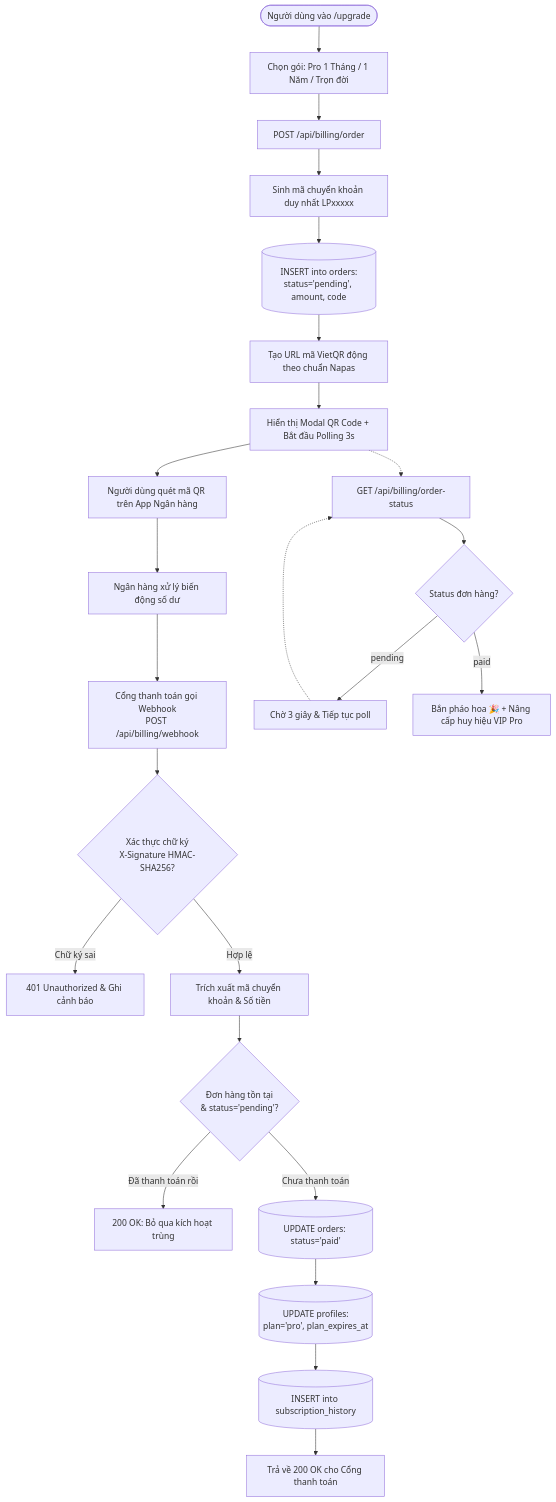
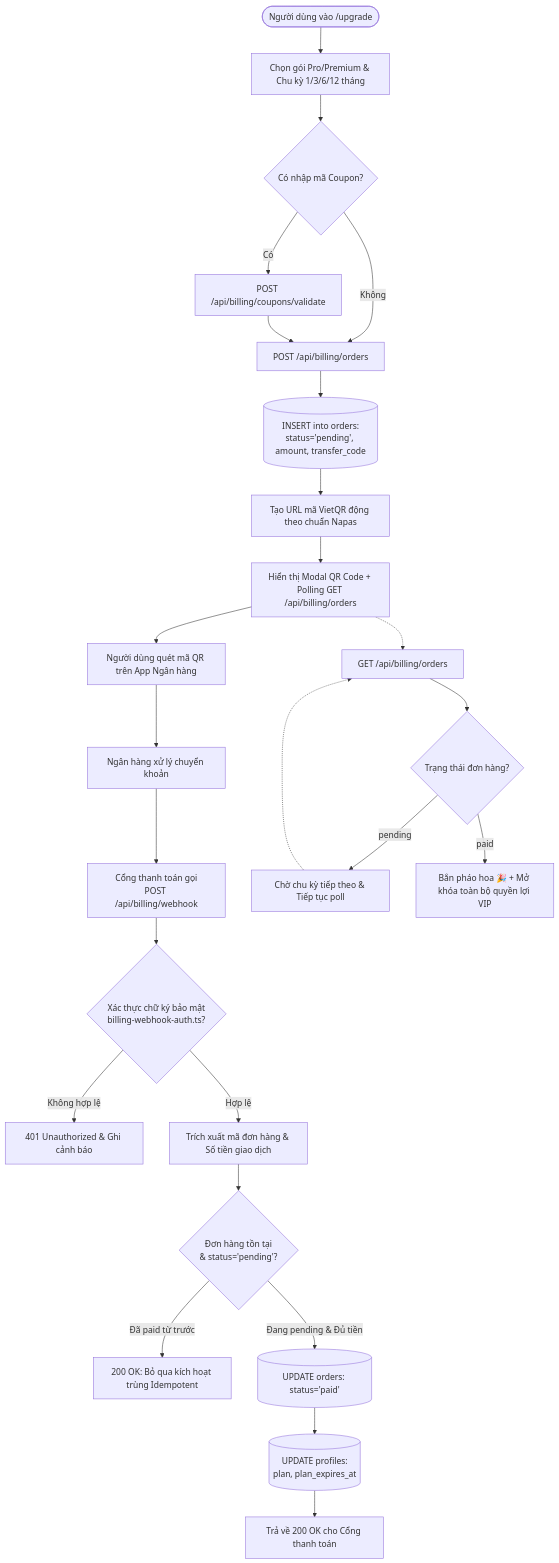
One commit to FengProfessor/Vocab changed the first of 3 diagrams in agent/docs/SRS_07_BILLING_SUBSCRIPTION.md. Above: the diagram before and after it, drawn with Mermaid. The commit also changed other lines of this file and 15 other files, not shown here.

Commit message:
docs(srs): complete 15 full-project SRS use cases and flow limitation audit

````diff
--- a/agent/docs/SRS_07_BILLING_SUBSCRIPTION.md
+++ b/agent/docs/SRS_07_BILLING_SUBSCRIPTION.md
@@ -33,31 +40,33 @@
 ```mermaid
 flowchart TD
-    Start([Người dùng vào /upgrade]) --> SelectPlan[Chọn gói: Pro 1 Tháng / 1 Năm / Trọn đời]
-    SelectPlan --> CreateOrderAPI[POST /api/billing/order]
-    CreateOrderAPI --> GenTransferCode[Sinh mã chuyển khoản duy nhất LPxxxxx]
-    GenTransferCode --> SaveOrderDB[(INSERT into orders:<br/>status='pending', amount, code)]
+    Start([Người dùng vào /upgrade]) --> SelectPlan[Chọn gói Pro/Premium & Chu kỳ 1/3/6/12 tháng]
+    SelectPlan --> OptionalCoupon{Có nhập mã Coupon?}
+    OptionalCoupon -->|Có| ValidateCoupon[POST /api/billing/coupons/validate]
+    OptionalCoupon -->|Không| CreateOrderAPI[POST /api/billing/orders]
+    ValidateCoupon --> CreateOrderAPI
+    
+    CreateOrderAPI --> SaveOrderDB[(INSERT into orders:<br/>status='pending', amount, transfer_code)]
     SaveOrderDB --> GenVietQR[Tạo URL mã VietQR động theo chuẩn Napas]
-    GenVietQR --> ShowQRModal[Hiển thị Modal QR Code + Bắt đầu Polling 3s]
+    GenVietQR --> ShowQRModal[Hiển thị Modal QR Code + Polling GET /api/billing/orders]
     
     %% Nhánh thanh toán phía Ngân hàng
     ShowQRModal --> UserScan[Người dùng quét mã QR trên App Ngân hàng]
-    UserScan --> BankTransfer[Ngân hàng xử lý biến động số dư]
-    BankTransfer --> GatewayWebhook[Cổng thanh toán gọi Webhook<br/>POST /api/billing/webhook]
+    UserScan --> BankTransfer[Ngân hàng xử lý chuyển khoản]
+    BankTransfer --> GatewayWebhook[Cổng thanh toán gọi<br/>POST /api/billing/webhook]
     
-    GatewayWebhook --> VerifyHMAC{Xác thực chữ ký<br/>X-Signature HMAC-SHA256?}
-    VerifyHMAC -->|Chữ ký sai| RejectWebhook[401 Unauthorized & Ghi cảnh báo]
-    VerifyHMAC -->|Hợp lệ| ExtractCode[Trích xuất mã chuyển khoản & Số tiền]
+    GatewayWebhook --> VerifyHMAC{Xác thực chữ ký bảo mật<br/>billing-webhook-auth.ts?}
+    VerifyHMAC -->|Không hợp lệ| RejectWebhook[401 Unauthorized & Ghi cảnh báo]
+    VerifyHMAC -->|Hợp lệ| ExtractCode[Trích xuất mã đơn hàng & Số tiền giao dịch]
     ExtractCode --> CheckOrderPending{Đơn hàng tồn tại<br/>& status='pending'?}
-    CheckOrderPending -->|Đã thanh toán rồi| IdempotentSkip[200 OK: Bỏ qua kích hoạt trùng]
-    CheckOrderPending -->|Chưa thanh toán| UpdatePaid[(UPDATE orders: status='paid')]
-    UpdatePaid --> UpgradeProfile[(UPDATE profiles:<br/>plan='pro', plan_expires_at)]
-    UpgradeProfile --> AddHistory[(INSERT into subscription_history)]
-    AddHistory --> ConfirmGateway[Trả về 200 OK cho Cổng thanh toán]
+    CheckOrderPending -->|Đã paid từ trước| IdempotentSkip[200 OK: Bỏ qua kích hoạt trùng Idempotent]
+    CheckOrderPending -->|Đang pending & Đủ tiền| UpdatePaid[(UPDATE orders: status='paid')]
+    UpdatePaid --> UpgradeProfile[(UPDATE profiles:<br/>plan, plan_expires_at)]
+    UpgradeProfile --> ConfirmGateway[Trả về 200 OK cho Cổng thanh toán]
     
     %% Khớp với Polling Frontend
-    ShowQRModal -.-> PollCheck[GET /api/billing/order-status]
-    PollCheck --> OrderStatusCheck{Status đơn hàng?}
-    OrderStatusCheck -->|pending| WaitPoll[Chờ 3 giây & Tiếp tục poll]
+    ShowQRModal -.-> PollCheck[GET /api/billing/orders]
+    PollCheck --> OrderStatusCheck{Trạng thái đơn hàng?}
+    OrderStatusCheck -->|pending| WaitPoll[Chờ chu kỳ tiếp theo & Tiếp tục poll]
     WaitPoll -.-> PollCheck
-    OrderStatusCheck -->|paid| UnlockVIP[Bắn pháo hoa 🎉 + Nâng cấp huy hiệu VIP Pro]
+    OrderStatusCheck -->|paid| UnlockVIP[Bắn pháo hoa 🎉 + Mở khóa toàn bộ quyền lợi VIP]
 ```
````
